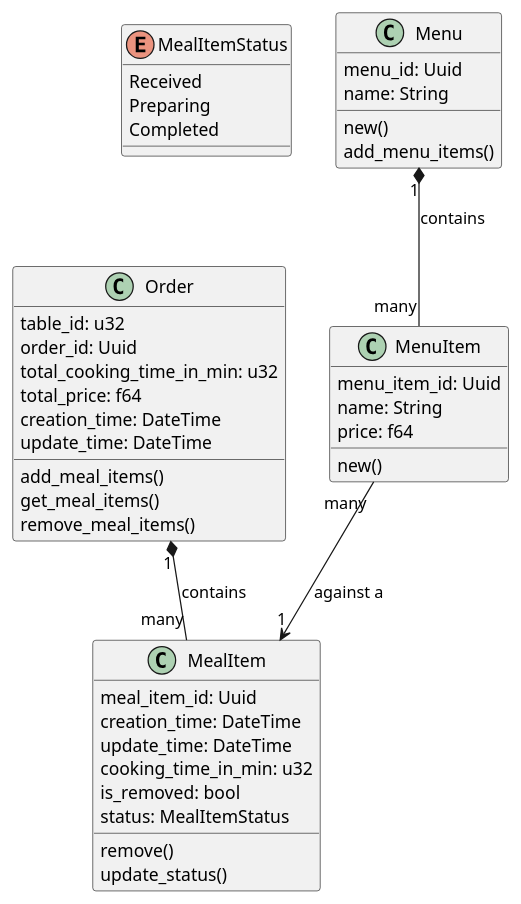
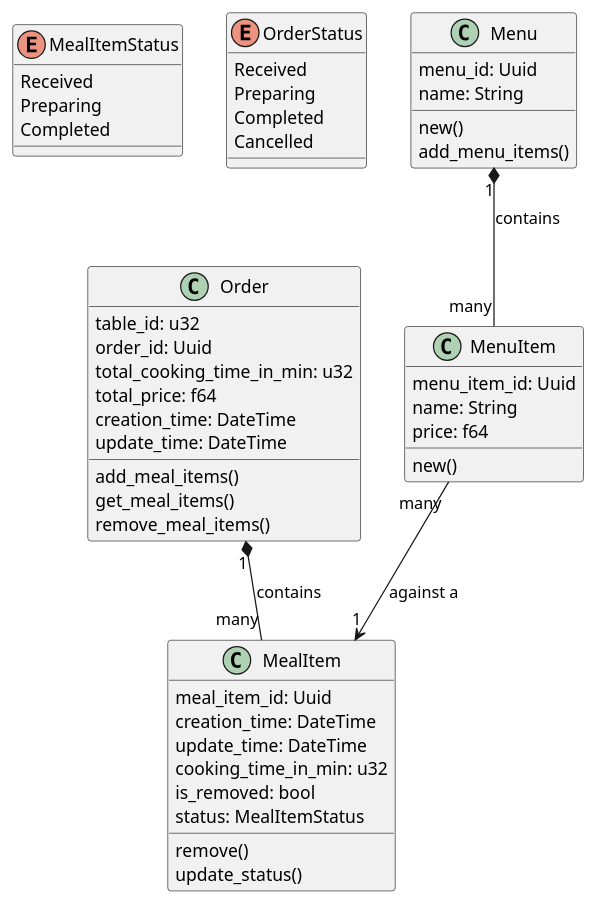
One commit to peiyuncai/restaurant-api changed the diagram in diagrams/class.puml. Above: the diagram before and after it, drawn with PlantUML.

Commit message:
update class puml

```diff
--- a/diagrams/class.puml
+++ b/diagrams/class.puml
@@ -1,52 +1,59 @@
 @startuml
 
 enum MealItemStatus {
   Received
   Preparing
   Completed
+}
+
+enum OrderStatus {
+  Received
+  Preparing
+  Completed
+  Cancelled
 }
 
 class Order {
   table_id: u32
   order_id: Uuid
   total_cooking_time_in_min: u32
   total_price: f64
   creation_time: DateTime
   update_time: DateTime
   add_meal_items()
   get_meal_items()
   remove_meal_items()
 }
 
 class MealItem {
   meal_item_id: Uuid
   creation_time: DateTime
   update_time: DateTime
   cooking_time_in_min: u32
   is_removed: bool
   status: MealItemStatus
   remove()
   update_status()
 }
 
 Order "1" *-- "many" MealItem : contains
 
 class MenuItem {
     menu_item_id: Uuid
     name: String
     price: f64
     new()
 }
 
 MenuItem "many" --> "1" MealItem: against a
 
 class Menu {
     menu_id: Uuid
     name: String
     new()
     add_menu_items()
 }
 
 Menu "1" *-- "many" MenuItem : contains
 
 @enduml
```
